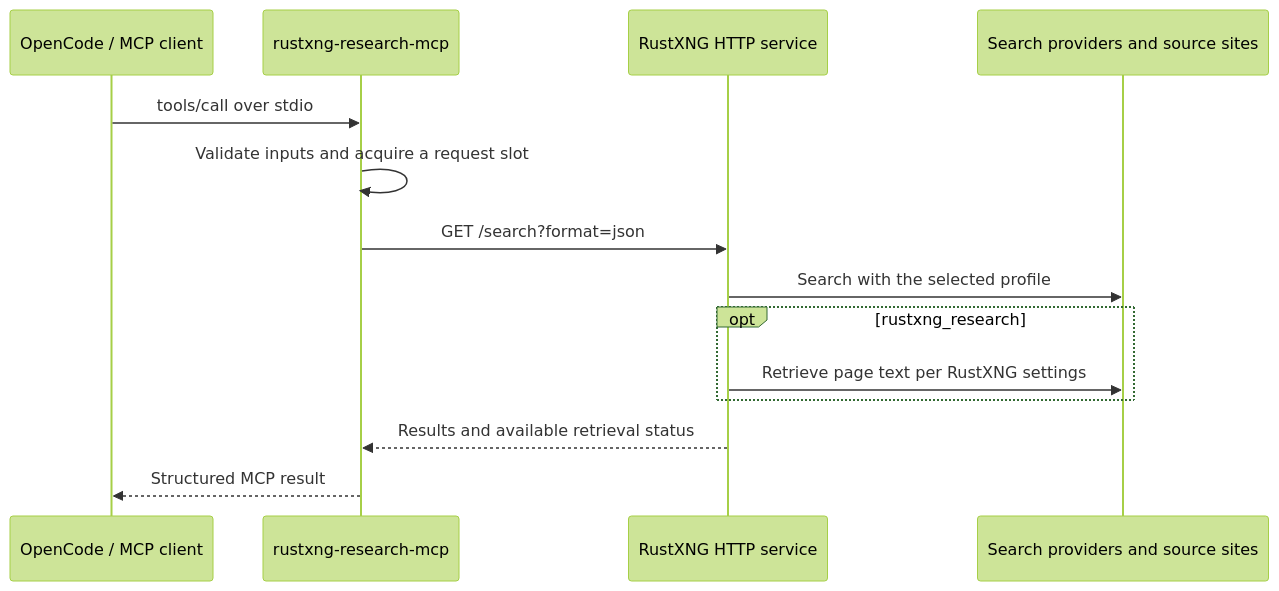
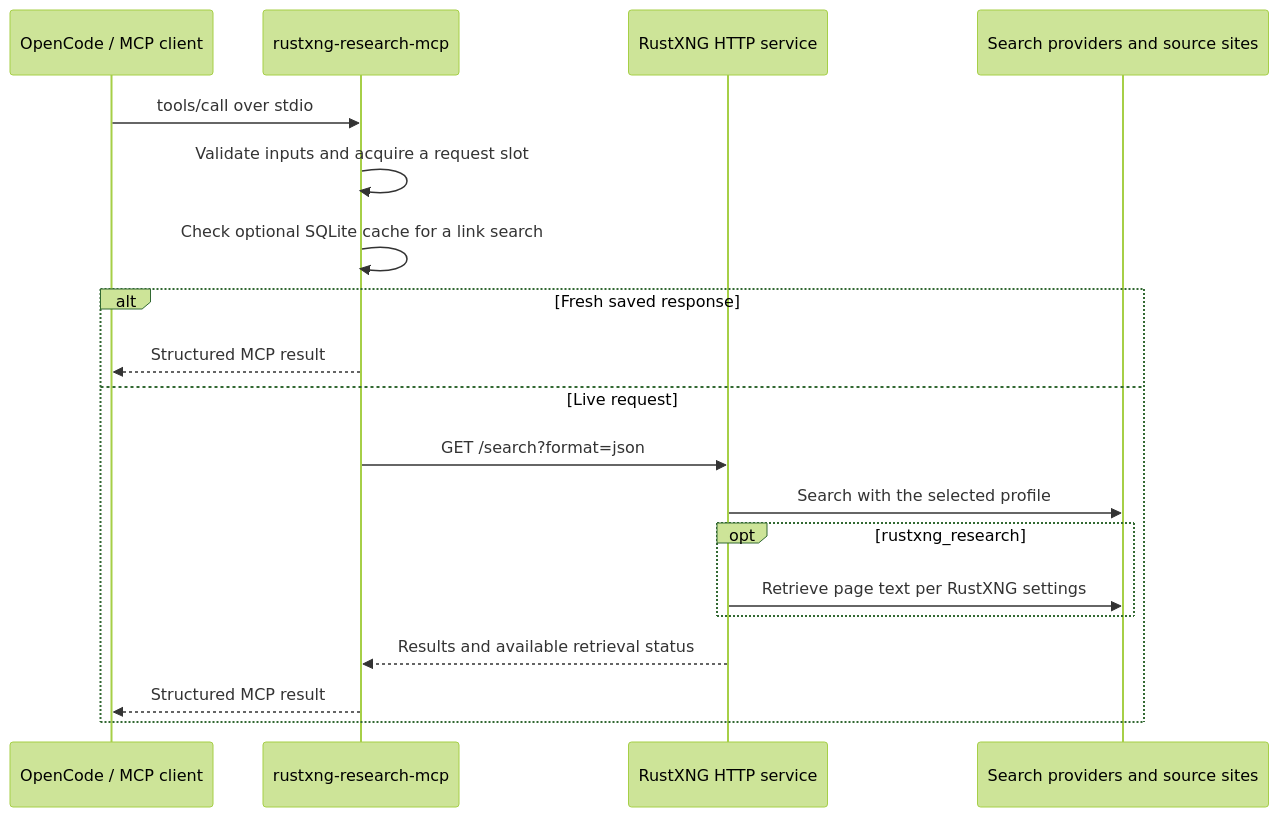
Before and after one commit to AndrewSnusoed5/rustxng-research-mcp: the diagram in docs/architecture.md, drawn with Mermaid (forest theme). The commit also changed other lines of this file and 15 other files, not shown here.

Commit message:
Measure RustXNG first-query tradeoffs and add an opt-in SQLite cache

```diff
--- a/docs/architecture.md
+++ b/docs/architecture.md
@@ -12,16 +12,21 @@
 ~~~mermaid
 sequenceDiagram
     participant C as OpenCode / MCP client
     participant M as rustxng-research-mcp
     participant R as RustXNG HTTP service
     participant P as Search providers and source sites
     C->>M: tools/call over stdio
     M->>M: Validate inputs and acquire a request slot
-    M->>R: GET /search?format=json
-    R->>P: Search with the selected profile
-    opt rustxng_research
-        R->>P: Retrieve page text per RustXNG settings
+    M->>M: Check optional SQLite cache for a link search
+    alt Fresh saved response
+        M-->>C: Structured MCP result
+    else Live request
+        M->>R: GET /search?format=json
+        R->>P: Search with the selected profile
+        opt rustxng_research
+            R->>P: Retrieve page text per RustXNG settings
+        end
+        R-->>M: Results and available retrieval status
+        M-->>C: Structured MCP result
     end
-    R-->>M: Results and available retrieval status
-    M-->>C: Structured MCP result
 ~~~
```
